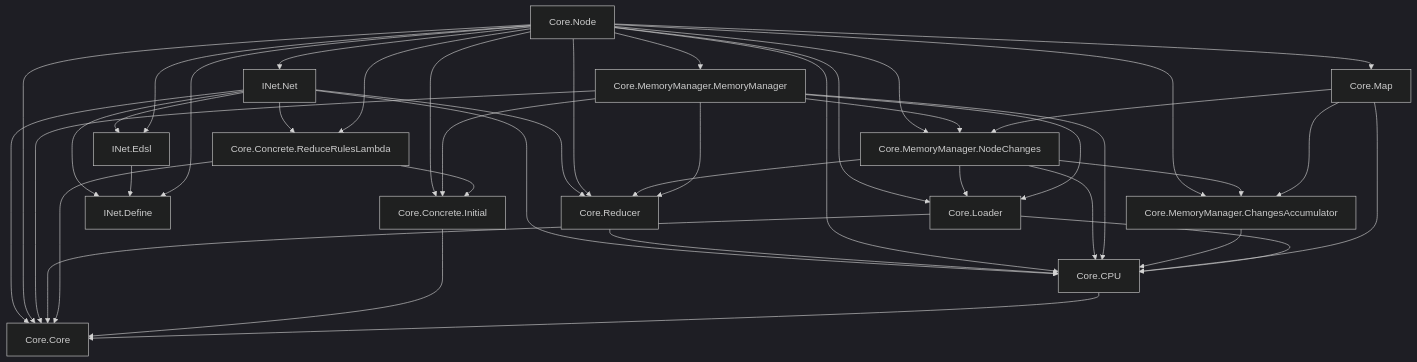
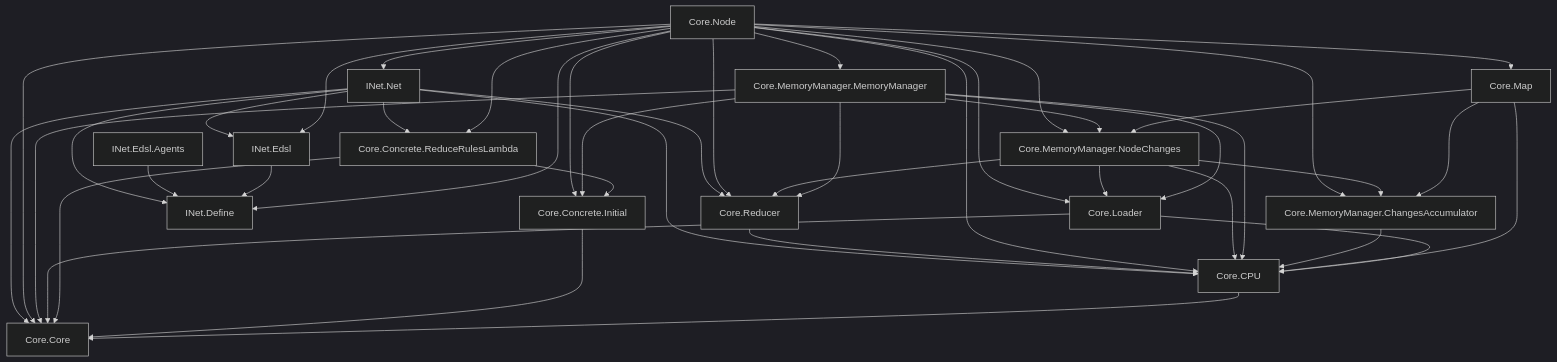
The diagram in lamagraph-core/docs/module-graph.generated.md (Lamagraph/interaction-nets-in-fpga), drawn with Mermaid (dark theme) before and after one commit. The commit also changed 11 other files, not shown here.

````diff
--- a/lamagraph-core/docs/module-graph.generated.md
+++ b/lamagraph-core/docs/module-graph.generated.md
@@ -3,44 +3,45 @@
 ```mermaid
 flowchart TD
     Core.Concrete.ReduceRulesLambda --> Core.Concrete.Initial
     Core.MemoryManager.MemoryManager --> Core.Concrete.Initial
     Core.Node --> Core.Concrete.Initial
     Core.Node --> Core.Concrete.ReduceRulesLambda
     INet.Net --> Core.Concrete.ReduceRulesLambda
     Core.CPU --> Core.Core
     Core.Concrete.Initial --> Core.Core
     Core.Concrete.ReduceRulesLambda --> Core.Core
     Core.Loader --> Core.Core
     Core.MemoryManager.MemoryManager --> Core.Core
     Core.Node --> Core.Core
     INet.Net --> Core.Core
     Core.Loader --> Core.CPU
     Core.Map --> Core.CPU
     Core.MemoryManager.ChangesAccumulator --> Core.CPU
     Core.MemoryManager.MemoryManager --> Core.CPU
     Core.MemoryManager.NodeChanges --> Core.CPU
     Core.Node --> Core.CPU
     Core.Reducer --> Core.CPU
     INet.Net --> Core.CPU
     Core.MemoryManager.MemoryManager --> Core.Loader
     Core.MemoryManager.NodeChanges --> Core.Loader
     Core.Node --> Core.Loader
     Core.Node --> Core.Map
     Core.Map --> Core.MemoryManager.ChangesAccumulator
     Core.MemoryManager.NodeChanges --> Core.MemoryManager.ChangesAccumulator
     Core.Node --> Core.MemoryManager.ChangesAccumulator
     Core.Node --> Core.MemoryManager.MemoryManager
     Core.Map --> Core.MemoryManager.NodeChanges
     Core.MemoryManager.MemoryManager --> Core.MemoryManager.NodeChanges
     Core.Node --> Core.MemoryManager.NodeChanges
     Core.MemoryManager.MemoryManager --> Core.Reducer
     Core.MemoryManager.NodeChanges --> Core.Reducer
     Core.Node --> Core.Reducer
     INet.Net --> Core.Reducer
     Core.Node --> INet.Define
     INet.Edsl --> INet.Define
+    INet.Edsl.Agents --> INet.Define
     INet.Net --> INet.Define
     Core.Node --> INet.Edsl
     INet.Net --> INet.Edsl
     Core.Node --> INet.Net
 ```
````
